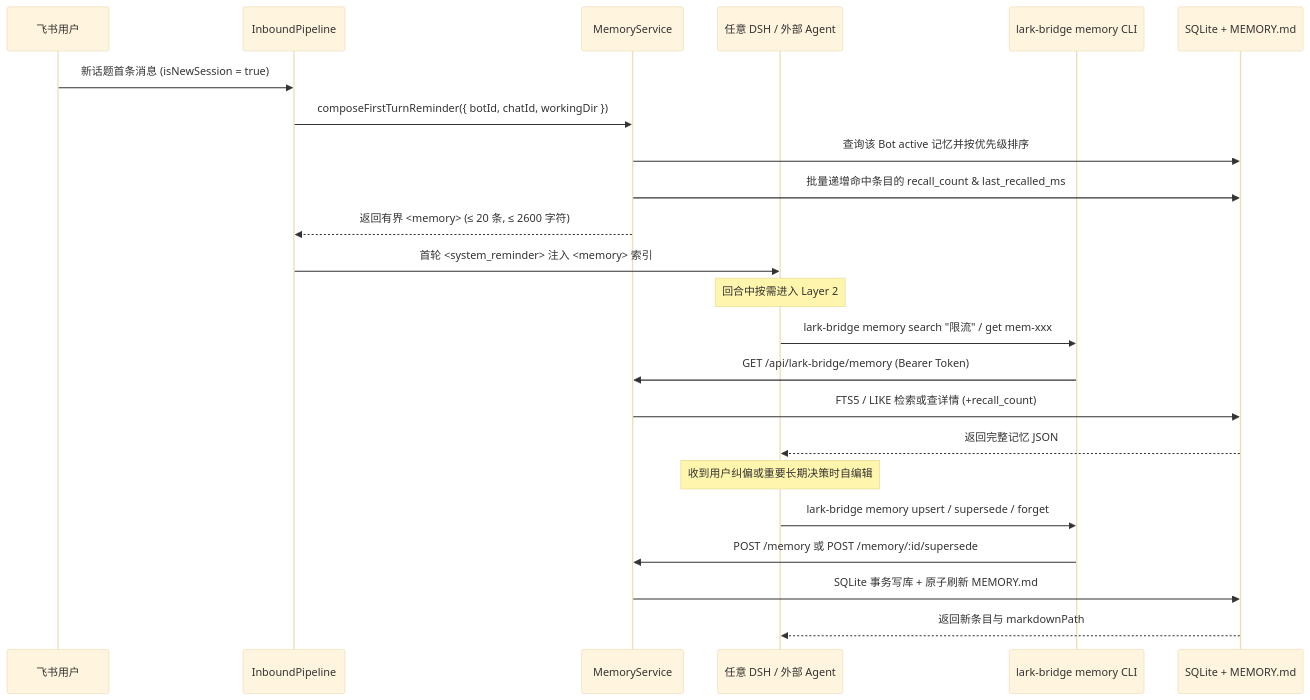
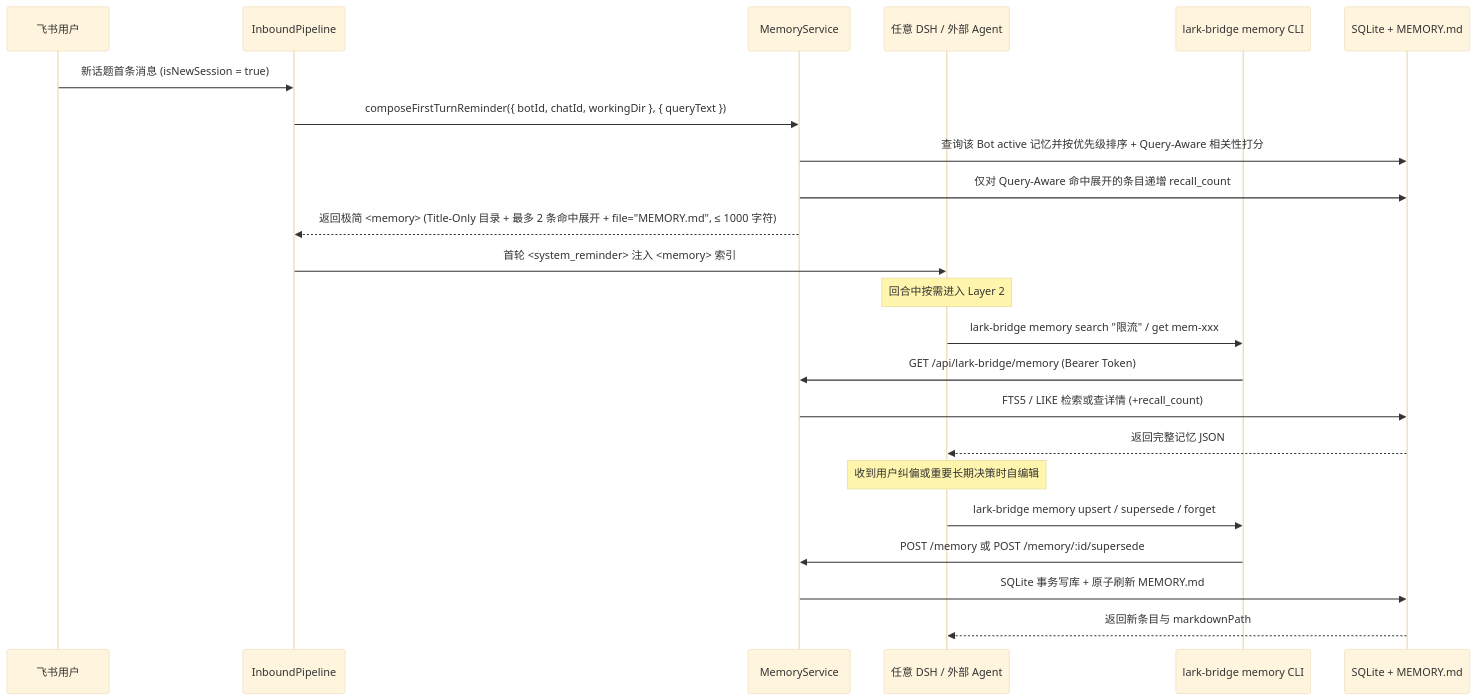
One commit to harryzhz/dsh-lark-bridge changed the fourth of 5 diagrams in docs/architecture/memory-and-dreaming.md. Above: the diagram before and after it, drawn with Mermaid (base theme). The commit also changed other lines of this file and 8 other files, not shown here.

Commit message:
feat(memory): slim Layer 1 reminder to Title-Only index with query-aware expansion

````diff
--- a/docs/architecture/memory-and-dreaming.md
+++ b/docs/architecture/memory-and-dreaming.md
@@ -194,28 +194,28 @@
 ```mermaid
 sequenceDiagram
     participant U as 飞书用户
     participant Pipe as InboundPipeline
     participant Mem as MemoryService
     participant Agent as 任意 DSH / 外部 Agent
     participant CLI as lark-bridge memory CLI
     participant DB as SQLite + MEMORY.md
 
     U->>Pipe: 新话题首条消息 (isNewSession = true)
-    Pipe->>Mem: composeFirstTurnReminder({ botId, chatId, workingDir })
-    Mem->>DB: 查询该 Bot active 记忆并按优先级排序
-    Mem->>DB: 批量递增命中条目的 recall_count & last_recalled_ms
-    Mem-->>Pipe: 返回有界 <memory> (≤ 20 条, ≤ 2600 字符)
+    Pipe->>Mem: composeFirstTurnReminder({ botId, chatId, workingDir }, { queryText })
+    Mem->>DB: 查询该 Bot active 记忆并按优先级排序 + Query-Aware 相关性打分
+    Mem->>DB: 仅对 Query-Aware 命中展开的条目递增 recall_count
+    Mem-->>Pipe: 返回极简 <memory> (Title-Only 目录 + 最多 2 条命中展开 + file="MEMORY.md", ≤ 1000 字符)
     Pipe->>Agent: 首轮 <system_reminder> 注入 <memory> 索引
 
     Note over Agent: 回合中按需进入 Layer 2
     Agent->>CLI: lark-bridge memory search "限流" / get mem-xxx
     CLI->>Mem: GET /api/lark-bridge/memory (Bearer Token)
     Mem->>DB: FTS5 / LIKE 检索或查详情 (+recall_count)
     DB-->>Agent: 返回完整记忆 JSON
 
     Note over Agent: 收到用户纠偏或重要长期决策时自编辑
     Agent->>CLI: lark-bridge memory upsert / supersede / forget
     CLI->>Mem: POST /memory 或 POST /memory/:id/supersede
     Mem->>DB: SQLite 事务写库 + 原子刷新 MEMORY.md
     DB-->>Agent: 返回新条目与 markdownPath
 ```
````
